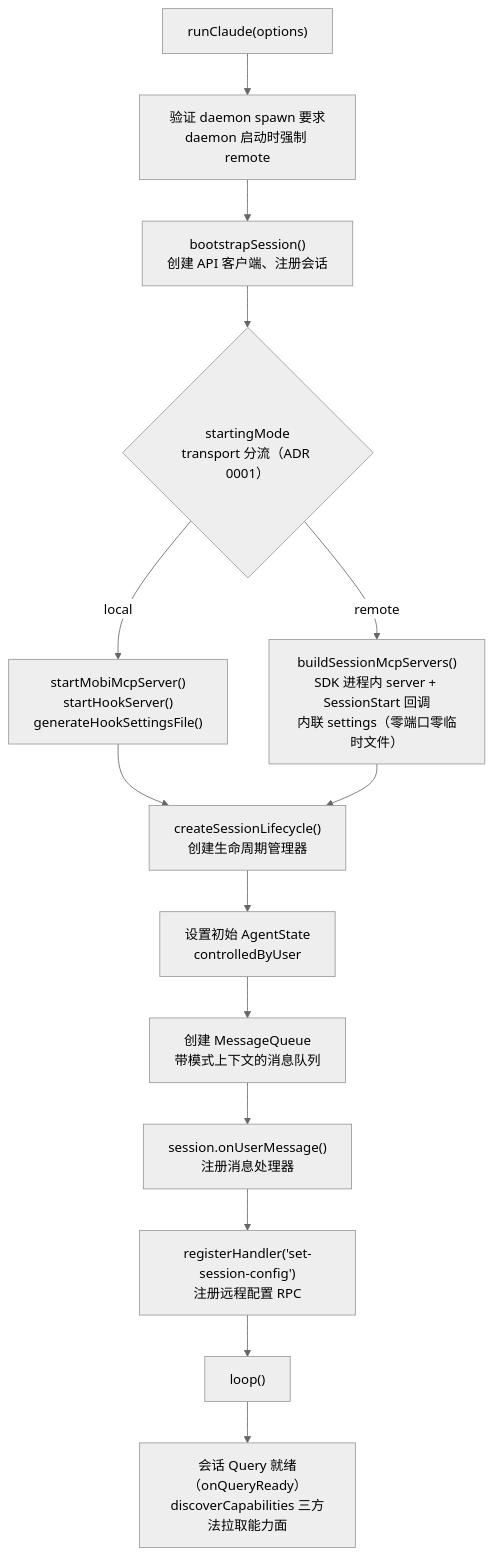
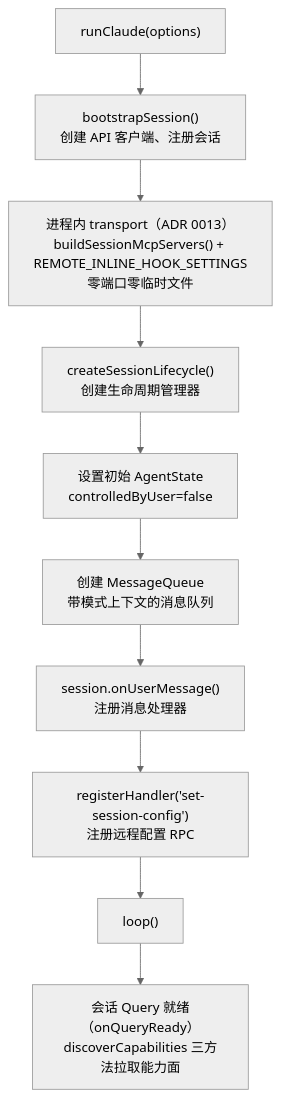
The third of 7 diagrams in docs/architecture/cli/commands/claude/README.md (ModuBit/mobi), drawn with Mermaid (neutral theme) before and after one commit. The commit also changed other lines of this file and 96 other files, not shown here.

````diff
--- a/docs/architecture/cli/commands/claude/README.md
+++ b/docs/architecture/cli/commands/claude/README.md
@@ -163,16 +141,12 @@
 ```mermaid
 flowchart TB
-    Start["runClaude(options)"] --> Validate["验证 daemon spawn 要求<br/>daemon 启动时强制 remote"]
-    Validate --> Bootstrap["bootstrapSession()<br/>创建 API 客户端、注册会话"]
-    Bootstrap --> Branch{"startingMode<br/>transport 分流（ADR 0001）"}
-    Branch -->|"local"| LocalTransport["startMobiMcpServer()<br/>startHookServer()<br/>generateHookSettingsFile()"]
-    Branch -->|"remote"| RemoteTransport["buildSessionMcpServers()<br/>SDK 进程内 server + SessionStart 回调<br/>内联 settings（零端口零临时文件）"]
-    LocalTransport --> Lifecycle["createSessionLifecycle()<br/>创建生命周期管理器"]
-    RemoteTransport --> Lifecycle
-    Lifecycle --> State["设置初始 AgentState<br/>controlledByUser"]
+    Start["runClaude(options)"] --> Bootstrap["bootstrapSession()<br/>创建 API 客户端、注册会话"]
+    Bootstrap --> Transport["进程内 transport（ADR 0013）<br/>buildSessionMcpServers() + REMOTE_INLINE_HOOK_SETTINGS<br/>零端口零临时文件"]
+    Transport --> Lifecycle["createSessionLifecycle()<br/>创建生命周期管理器"]
+    Lifecycle --> State["设置初始 AgentState<br/>controlledByUser=false"]
     State --> Queue["创建 MessageQueue<br/>带模式上下文的消息队列"]
     Queue --> UserMsg["session.onUserMessage()<br/>注册消息处理器"]
     UserMsg --> RPC["registerHandler('set-session-config')<br/>注册远程配置 RPC"]
     RPC --> Loop["loop()"]
     Loop --> Caps["会话 Query 就绪（onQueryReady）<br/>discoverCapabilities 三方法拉取能力面"]
 ```
````
